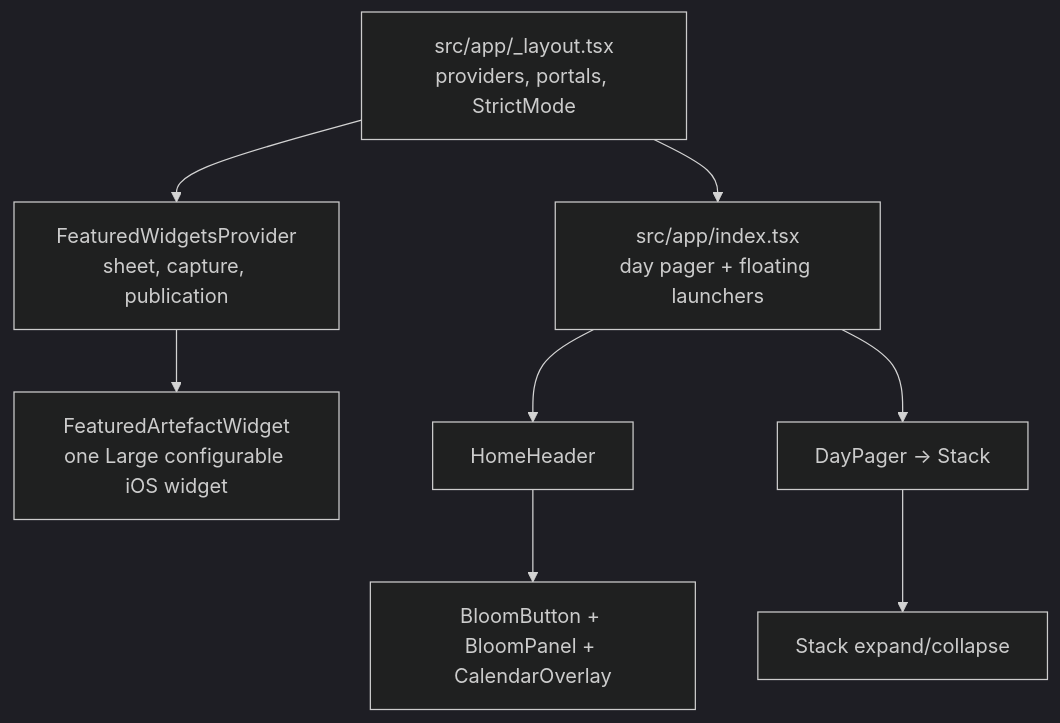
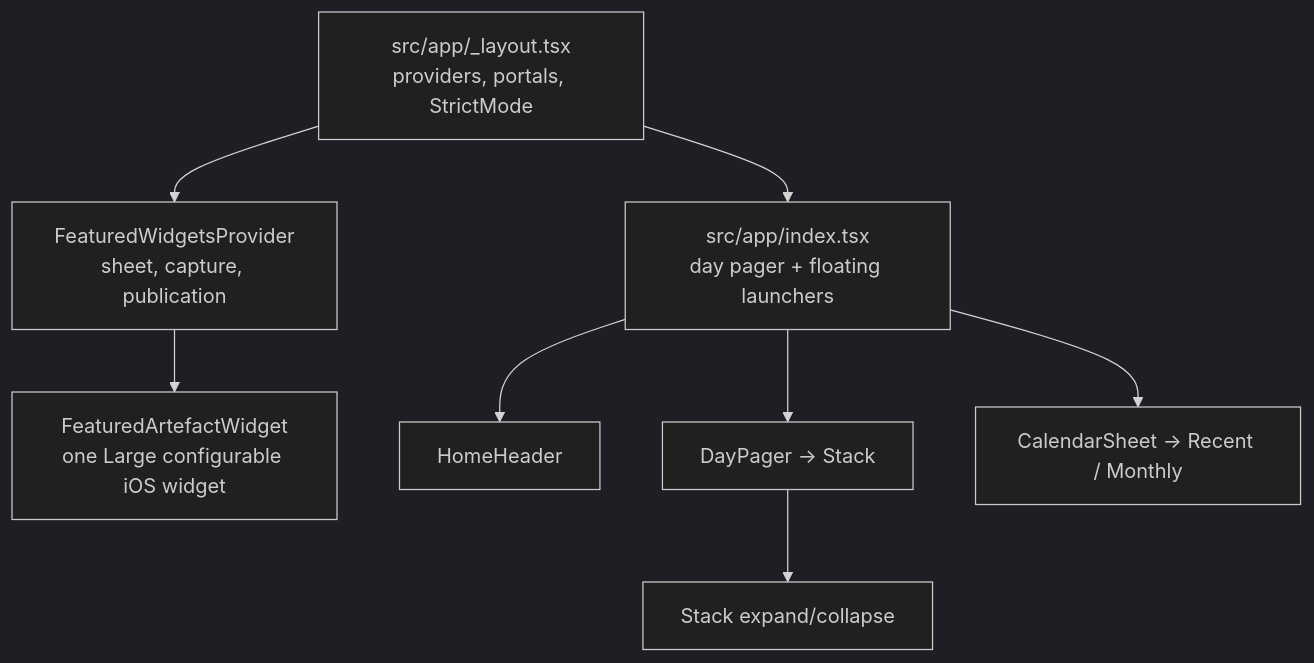
Before and after one commit to vxncetxn/soies: the diagram in docs/overview.md, drawn with Mermaid (dark theme). The commit also changed other lines of this file and 30 other files, not shown here.

Commit message:
feat: replace calendar bloom with journal sheet

````diff
--- a/docs/overview.md
+++ b/docs/overview.md
@@ -38,14 +38,14 @@
 ```mermaid
 flowchart TD
   Root["src/app/_layout.tsx<br/>providers, portals, StrictMode"]
   Widgets["FeaturedWidgetsProvider<br/>sheet, capture, publication"]
   Home["src/app/index.tsx<br/>day pager + floating launchers"]
   Extension["FeaturedArtefactWidget<br/>one Large configurable iOS widget"]
   Root --> Home
   Root --> Widgets
   Widgets --> Extension
   Home --> Header["HomeHeader"]
   Home --> Pager["DayPager → Stack"]
-  Header --> Calendar["BloomButton + BloomPanel + CalendarOverlay"]
+  Home --> Calendar["CalendarSheet → Recent / Monthly"]
   Pager --> Stack["Stack expand/collapse"]
 ```
````
